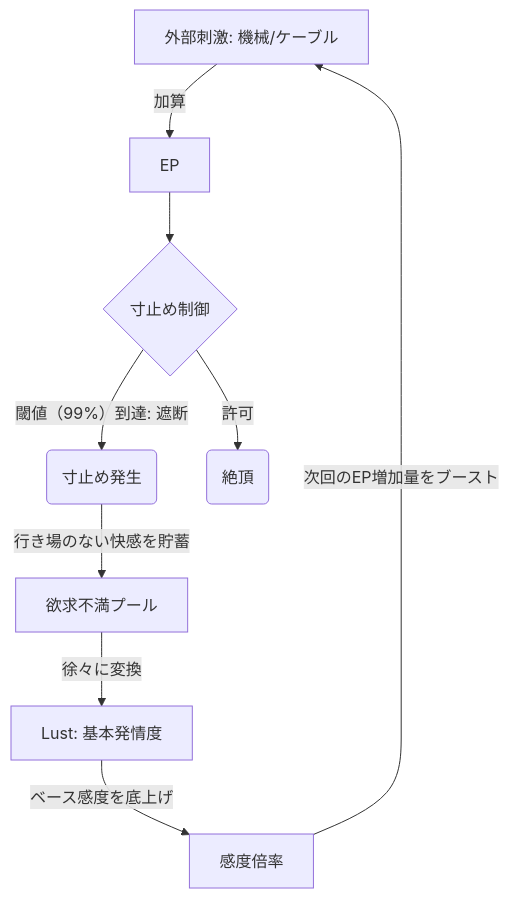
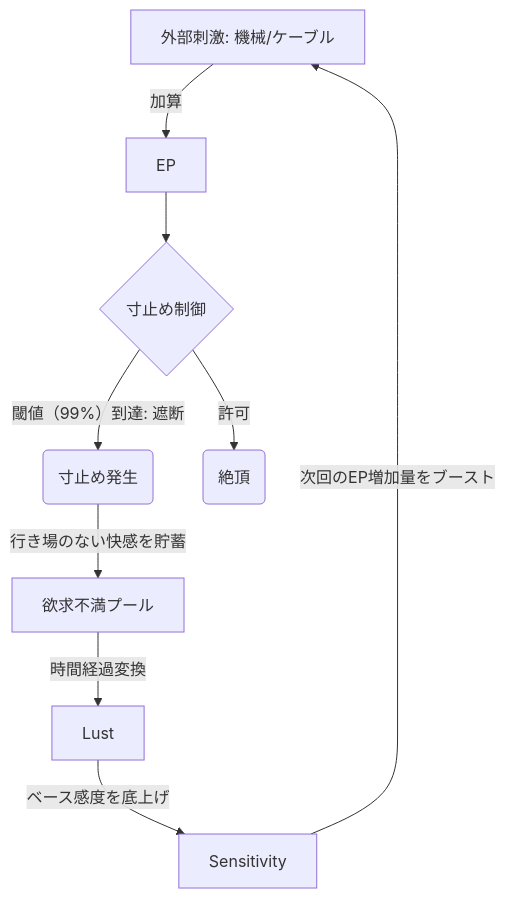
One commit to pakchi2016/DungeonMaster changed the second of 3 diagrams in README.md. Above: the diagram before and after it, drawn with Mermaid. The commit also changed other lines of this file, not shown here.

````diff
--- a/README.md
+++ b/README.md
@@ -56,21 +68,16 @@
 ```mermaid
-graph TD;
+graph TD
     %% 入力
-    ExtStim[外部刺激: 機械/ケーブル] -->|加算| EP
+    Stim[外部刺激: 機械/ケーブル] -->|加算| EP
 
     %% 寸止めロジック
-    LimitCheck{寸止め制御}
-    EP --> LimitCheck
-    
-    LimitCheck --> |閾値（99%）到達: 遮断| Denial(寸止め発生)
-    LimitCheck --> |許可| Orgasm(絶頂)
+    EP --> Check{寸止め制御}
+    Check -->|閾値（99%）到達: 遮断| Denial(寸止め発生)
+    Check -->|許可| Orgasm(絶頂)
 
-    %% プールの蓄積
-    Denial -->|行き場のない快感を貯蓄| Frustration_Pool[欲求不満プール]
-    
-    %% フィードバック
-    Frustration_Pool -->|徐々に変換| Lust[Lust: 基本発情度]
-    Lust -->|ベース感度を底上げ| Sensitivity[感度倍率]
-    
-    Sensitivity -->|次回のEP増加量をブースト| ExtStim
+    %% 蓄積とフィードバック
+    Denial -->|行き場のない快感を貯蓄| Frustration[欲求不満プール]
+    Frustration -->|時間経過変換| Lust
+    Lust -->|ベース感度を底上げ| Sensitivity
+    Sensitivity -->|次回のEP増加量をブースト| Stim
 ```
````
